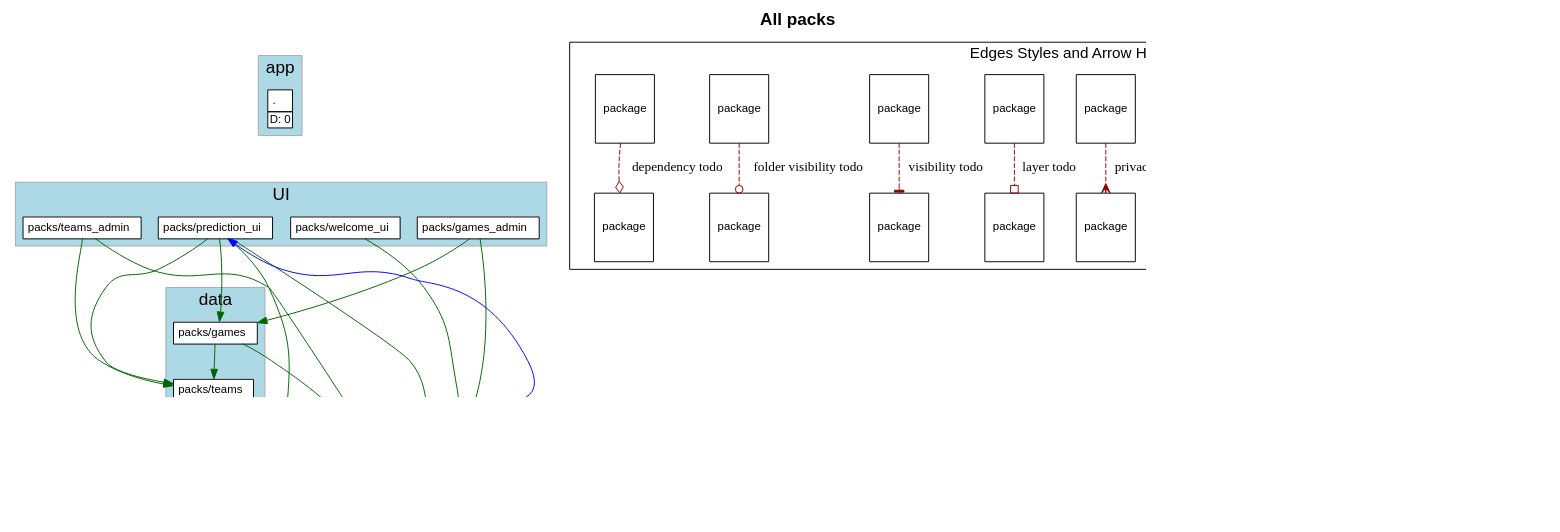
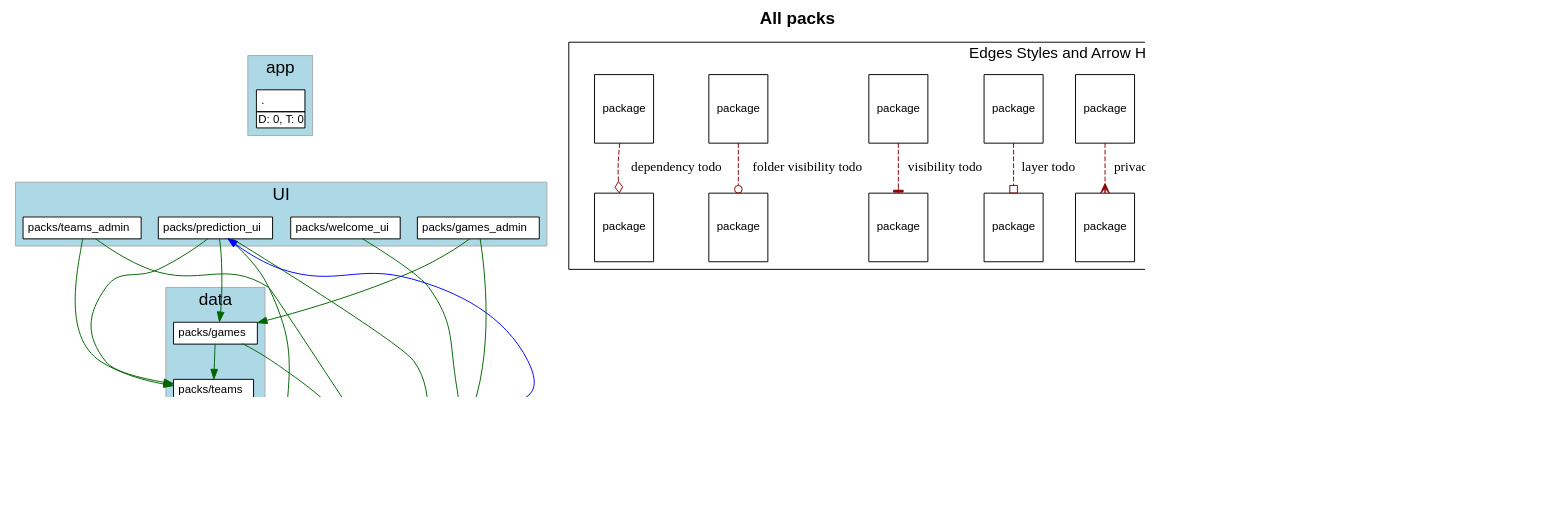
Before and after one commit to shageman/package-based-rails-applications: the diagram in diagrams/all_packs.dot, drawn with Graphviz. The commit also changed 6 other files, not shown here.

```diff
--- a/diagrams/all_packs.dot
+++ b/diagrams/all_packs.dot
@@ -30,7 +30,7 @@
             label= <
                 <table border='0' cellborder='1' cellspacing='0' cellpadding='4'>
                   <tr> <td align='left'> . </td> </tr>
-                  <tr><td CELLPADDING='1' ALIGN='RIGHT'>D: 0</td></tr>
+                  <tr><td CELLPADDING='1' ALIGN='RIGHT'>D: 0, T: 0</td></tr>
                 </table>
               >
           ]
```
